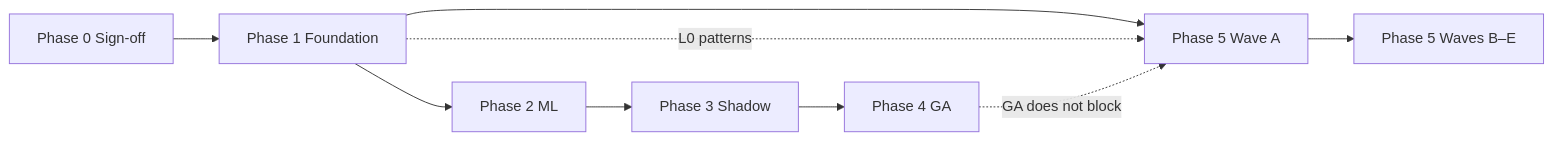
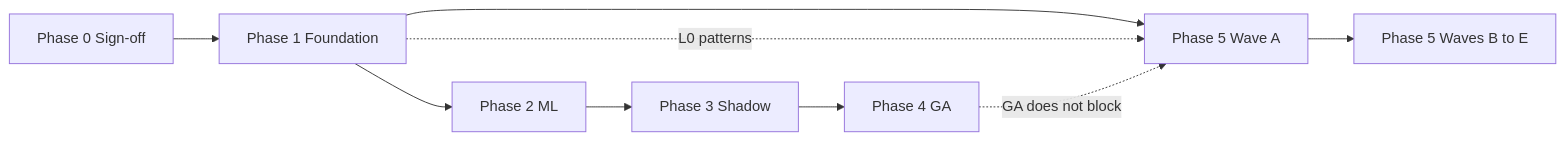
The second of 2 diagrams in final/Development-Roadmap.md (mindpeers/mindpeers-ai-engine), drawn with Mermaid before and after one commit. The commit also changed other lines of this file and 1 other file, not shown here.

````diff
--- a/final/Development-Roadmap.md
+++ b/final/Development-Roadmap.md
@@ -384,12 +384,12 @@
 ```mermaid
 flowchart LR
     P0[Phase 0 Sign-off] --> P1[Phase 1 Foundation]
     P1 --> P2[Phase 2 ML]
     P2 --> P3[Phase 3 Shadow]
     P3 --> P4[Phase 4 GA]
     P1 --> P5[Phase 5 Wave A]
-    P5 --> P5B[Phase 5 Waves B–E]
+    P5 --> P5B[Phase 5 Waves B to E]
 
     P1 -.->|L0 patterns| P5
     P4 -.->|GA does not block| P5
 ```
````
